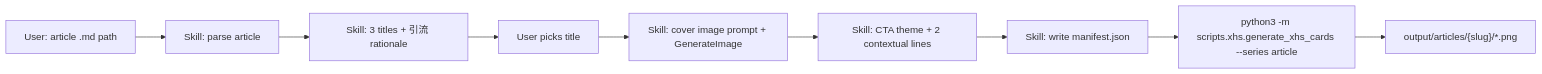
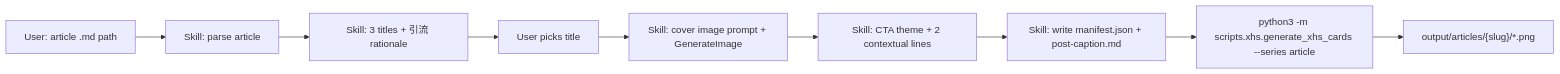
The diagram in docs/superpowers/specs/2026-06-27-xhs-article-cards-design.md (wygmjdd/wygmjdd.github.io), drawn with Mermaid before and after one commit. The commit also changed other lines of this file, not shown here.

````diff
--- a/docs/superpowers/specs/2026-06-27-xhs-article-cards-design.md
+++ b/docs/superpowers/specs/2026-06-27-xhs-article-cards-design.md
@@ -40,11 +72,11 @@
 ```mermaid
 flowchart LR
   A[User: article .md path] --> B[Skill: parse article]
   B --> C[Skill: 3 titles + 引流 rationale]
   C --> D[User picks title]
   D --> E[Skill: cover image prompt + GenerateImage]
   E --> F[Skill: CTA theme + 2 contextual lines]
-  F --> G[Skill: write manifest.json]
+  F --> G[Skill: write manifest.json + post-caption.md]
   G --> H["python3 -m scripts.xhs.generate_xhs_cards --series article"]
   H --> I["output/articles/{slug}/*.png"]
 ```
````
